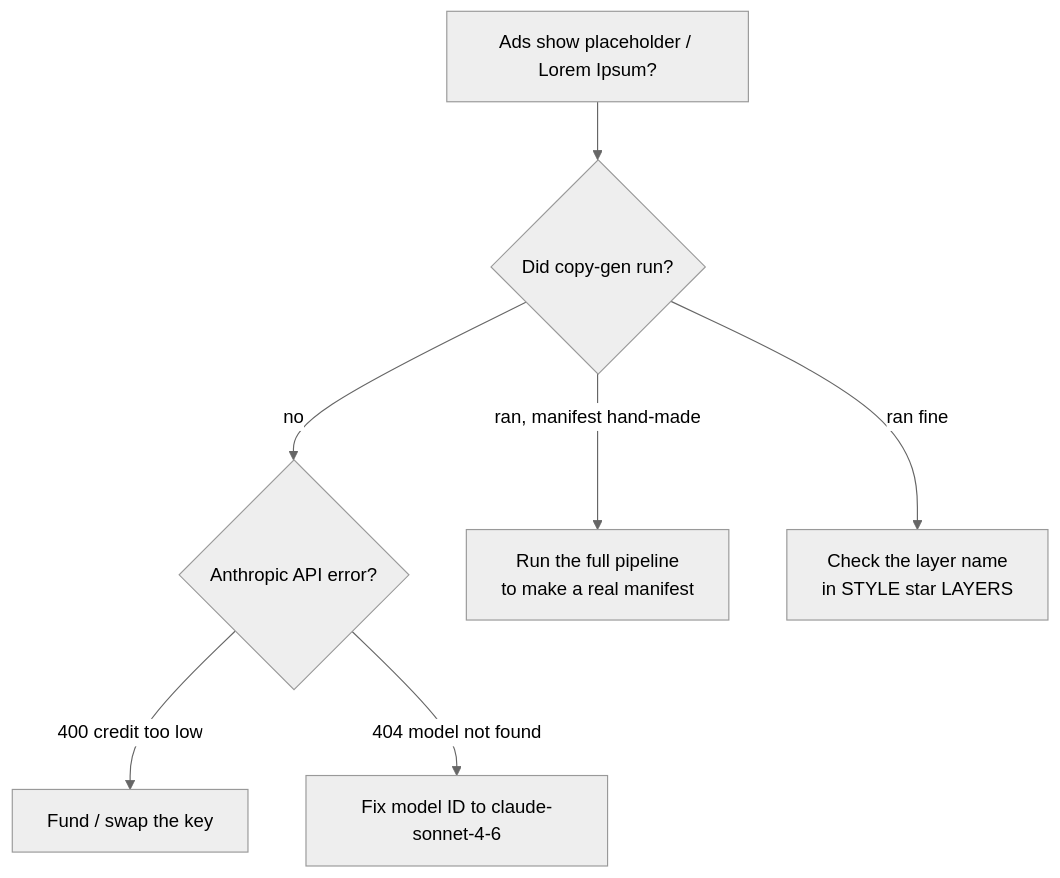
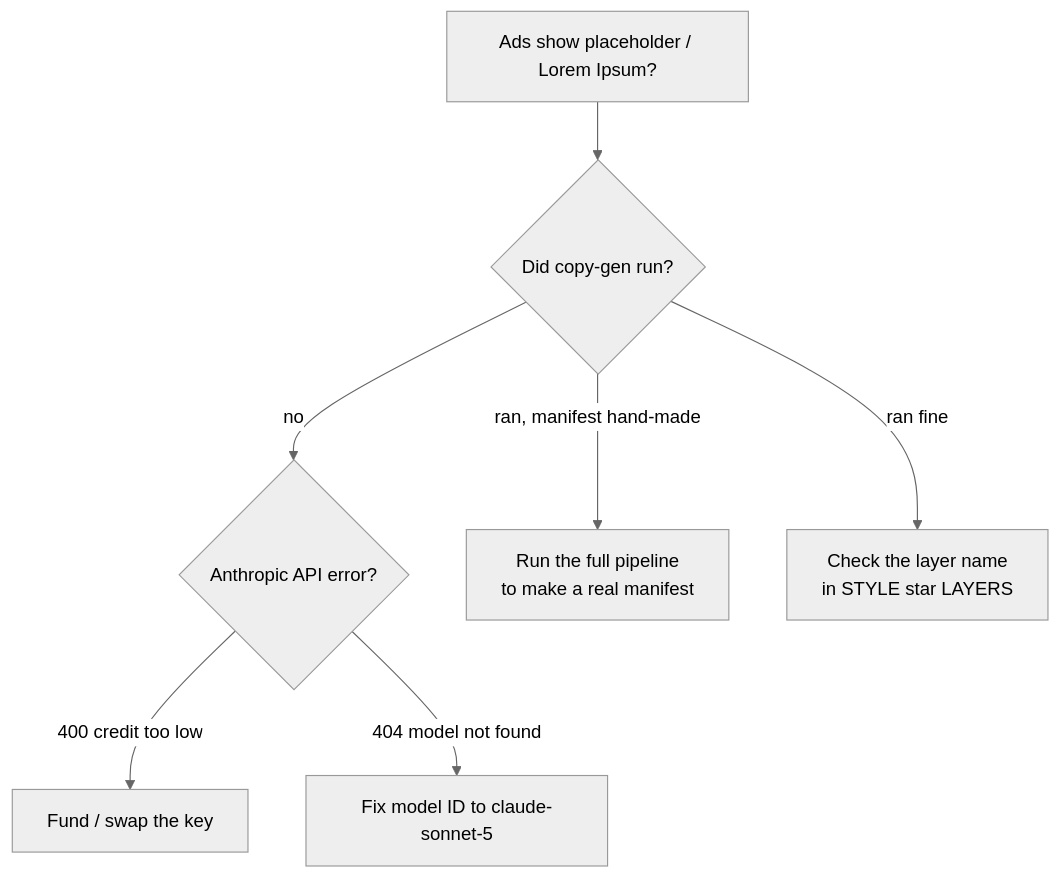
Before and after one commit to loganheath-oss/adam: the diagram in docs/wiki/11-troubleshooting.md, drawn with Mermaid (neutral theme). The commit also changed other lines of this file and 24 other files, not shown here.

````diff
--- a/docs/wiki/11-troubleshooting.md
+++ b/docs/wiki/11-troubleshooting.md
@@ -5,9 +5,9 @@
 ```mermaid
 flowchart TD
   Q["Ads show placeholder / Lorem Ipsum?"] --> A{"Did copy-gen run?"}
   A -->|no| K{"Anthropic API error?"}
   K -->|400 credit too low| FUND["Fund / swap the key"]
-  K -->|404 model not found| MODEL["Fix model ID to claude-sonnet-4-6"]
+  K -->|404 model not found| MODEL["Fix model ID to claude-sonnet-5"]
   A -->|ran, manifest hand-made| RUN["Run the full pipeline<br/>to make a real manifest"]
   A -->|ran fine| LAYER["Check the layer name<br/>in STYLE star LAYERS"]
 ```
````
